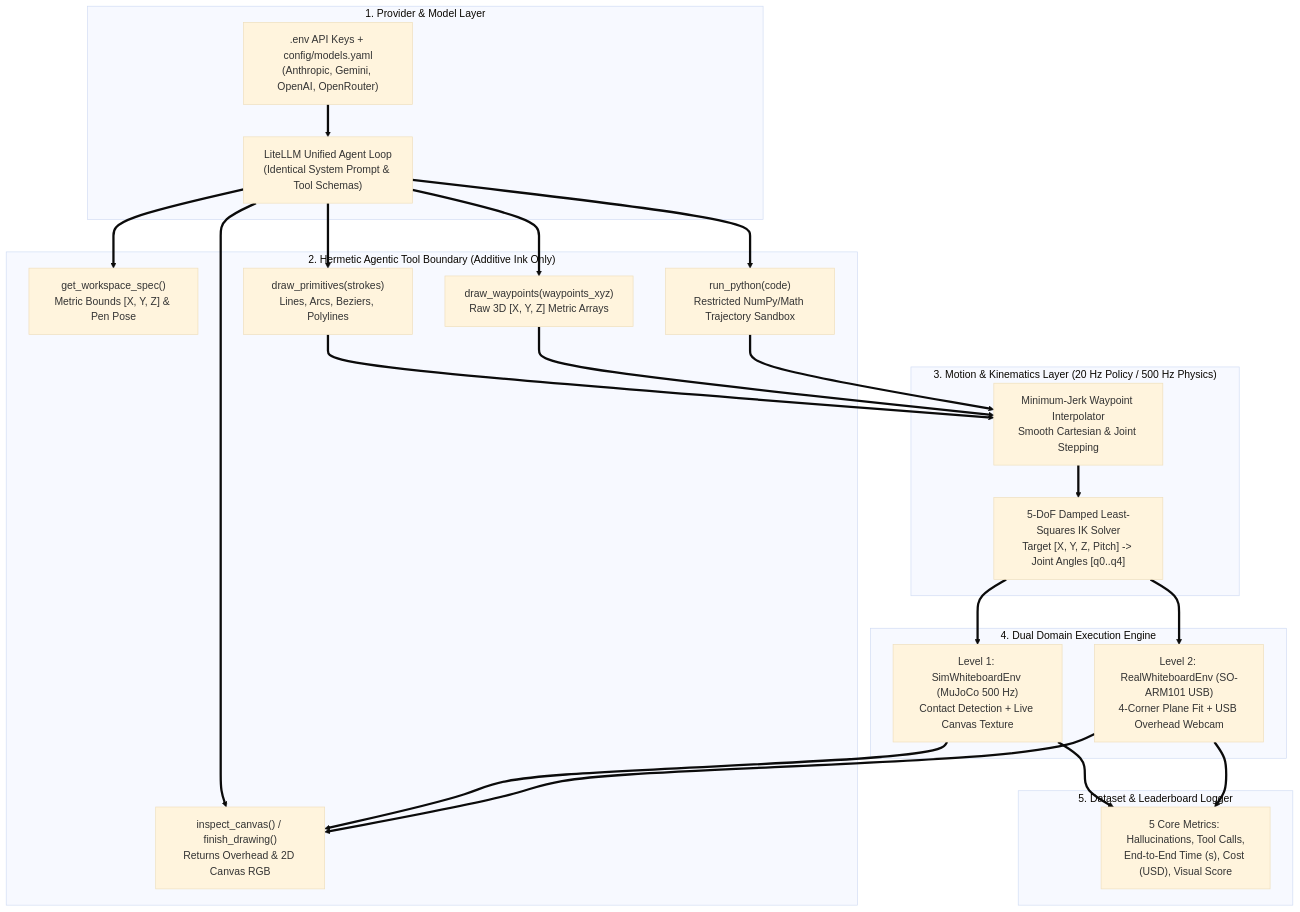
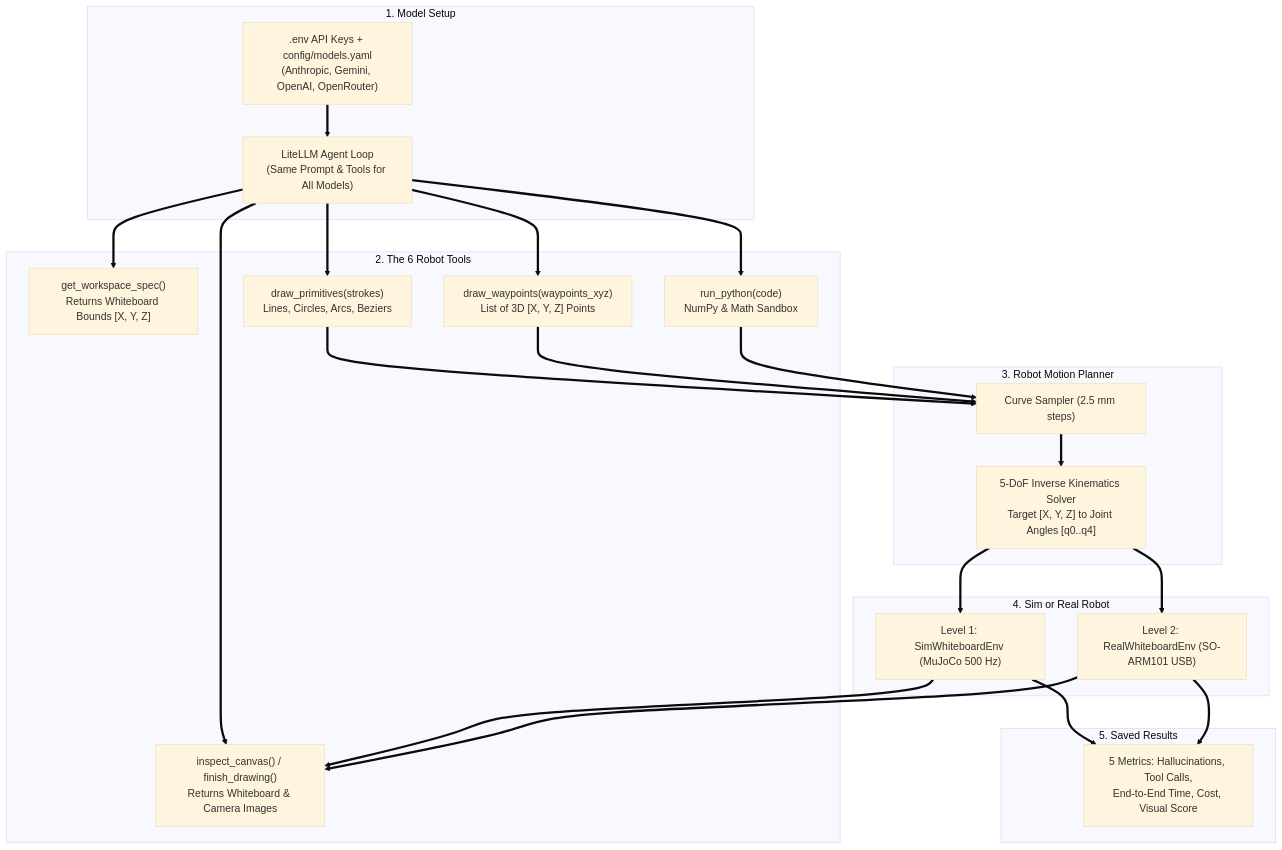
The diagram in DESIGN.md (vssinghh/pelican-eval), drawn with Mermaid (base theme) before and after one commit. The commit also changed other lines of this file and 2 other files, not shown here.

Commit message:
Simplify README, DESIGN, and LEADERBOARD with plain technical English

````diff
--- a/DESIGN.md
+++ b/DESIGN.md
@@ -25,38 +26,38 @@
 ```mermaid
 flowchart TD
-    subgraph Config ["1. Provider & Model Layer"]
+    subgraph Config ["1. Model Setup"]
         EnvFile[".env API Keys + config/models.yaml<br/>(Anthropic, Gemini, OpenAI, OpenRouter)"]
-        Runner["LiteLLM Unified Agent Loop<br/>(Identical System Prompt & Tool Schemas)"]
+        Runner["LiteLLM Agent Loop<br/>(Same Prompt & Tools for All Models)"]
     end
 
-    subgraph Sandbox ["2. Hermetic Agentic Tool Boundary (Additive Ink Only)"]
-        T1["get_workspace_spec()<br/>Metric Bounds [X, Y, Z] & Pen Pose"]
-        T2["draw_primitives(strokes)<br/>Lines, Arcs, Beziers, Polylines"]
-        T3["draw_waypoints(waypoints_xyz)<br/>Raw 3D [X, Y, Z] Metric Arrays"]
-        T4["run_python(code)<br/>Restricted NumPy/Math Trajectory Sandbox"]
-        T5["inspect_canvas() / finish_drawing()<br/>Returns Overhead & 2D Canvas RGB"]
+    subgraph Tools ["2. The 6 Robot Tools"]
+        T1["get_workspace_spec()<br/>Returns Whiteboard Bounds [X, Y, Z]"]
+        T2["draw_primitives(strokes)<br/>Lines, Circles, Arcs, Beziers"]
+        T3["draw_waypoints(waypoints_xyz)<br/>List of 3D [X, Y, Z] Points"]
+        T4["run_python(code)<br/>NumPy & Math Sandbox"]
+        T5["inspect_canvas() / finish_drawing()<br/>Returns Whiteboard & Camera Images"]
     end
 
-    subgraph Control ["3. Motion & Kinematics Layer (20 Hz Policy / 500 Hz Physics)"]
-        IK["5-DoF Damped Least-Squares IK Solver<br/>Target [X, Y, Z, Pitch] -> Joint Angles [q0..q4]"]
-        Interp["Minimum-Jerk Waypoint Interpolator<br/>Smooth Cartesian & Joint Stepping"]
+    subgraph Motion ["3. Robot Motion Planner"]
+        Interp["Curve Sampler (2.5 mm steps)"]
+        IK["5-DoF Inverse Kinematics Solver<br/>Target [X, Y, Z] to Joint Angles [q0..q4]"]
     end
 
-    subgraph Execution ["4. Dual Domain Execution Engine"]
-        Sim["Level 1: SimWhiteboardEnv (MuJoCo 500 Hz)<br/>Contact Detection + Live Canvas Texture"]
-        Real["Level 2: RealWhiteboardEnv (SO-ARM101 USB)<br/>4-Corner Plane Fit + USB Overhead Webcam"]
+    subgraph Env ["4. Sim or Real Robot"]
+        Sim["Level 1: SimWhiteboardEnv (MuJoCo 500 Hz)"]
+        Real["Level 2: RealWhiteboardEnv (SO-ARM101 USB)"]
     end
 
-    subgraph Telemetry ["5. Dataset & Leaderboard Logger"]
-        Metrics["5 Core Metrics: Hallucinations, Tool Calls,<br/>End-to-End Time (s), Cost (USD), Visual Score"]
+    subgraph Output ["5. Saved Results"]
+        Metrics["5 Metrics: Hallucinations, Tool Calls,<br/>End-to-End Time, Cost, Visual Score"]
     end
 
     EnvFile ==> Runner
     Runner ==> T1 & T2 & T3 & T4 & T5
     T2 & T3 & T4 ==> Interp
     Interp ==> IK
     IK ==> Sim
     IK ==> Real
     Sim & Real ==> T5
     Sim & Real ==> Metrics
 ```
````
